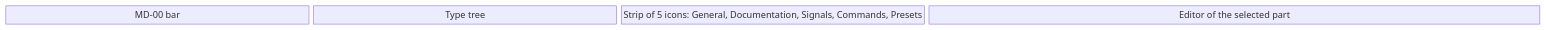
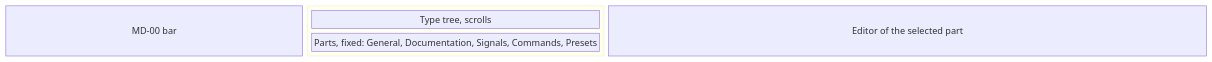
The first of 14 diagrams in screens/metadata.md (AlexandreGallais/synoptic-studio-spec), drawn with Mermaid before and after one commit. The commit also changed other lines of this file and 5 other files, not shown here.

First line of the commit message:
docs(metadata): settle quantity column and list parts under the tree

````diff
--- a/screens/metadata.md
+++ b/screens/metadata.md
@@ -28,5 +28,11 @@
 ```mermaid
 block-beta
-    columns 5
-    rail["MD-00 bar"] tree["Type tree"] strip["Strip of 5 icons: General, Documentation, Signals, Commands, Presets"] editor["Editor of the selected part"]:2
+    columns 4
+    rail["MD-00 bar"]
+    block:left
+        columns 1
+        tree["Type tree, scrolls"]
+        parts["Parts, fixed: General, Documentation, Signals, Commands, Presets"]
+    end
+    editor["Editor of the selected part"]:2
 ```
````
